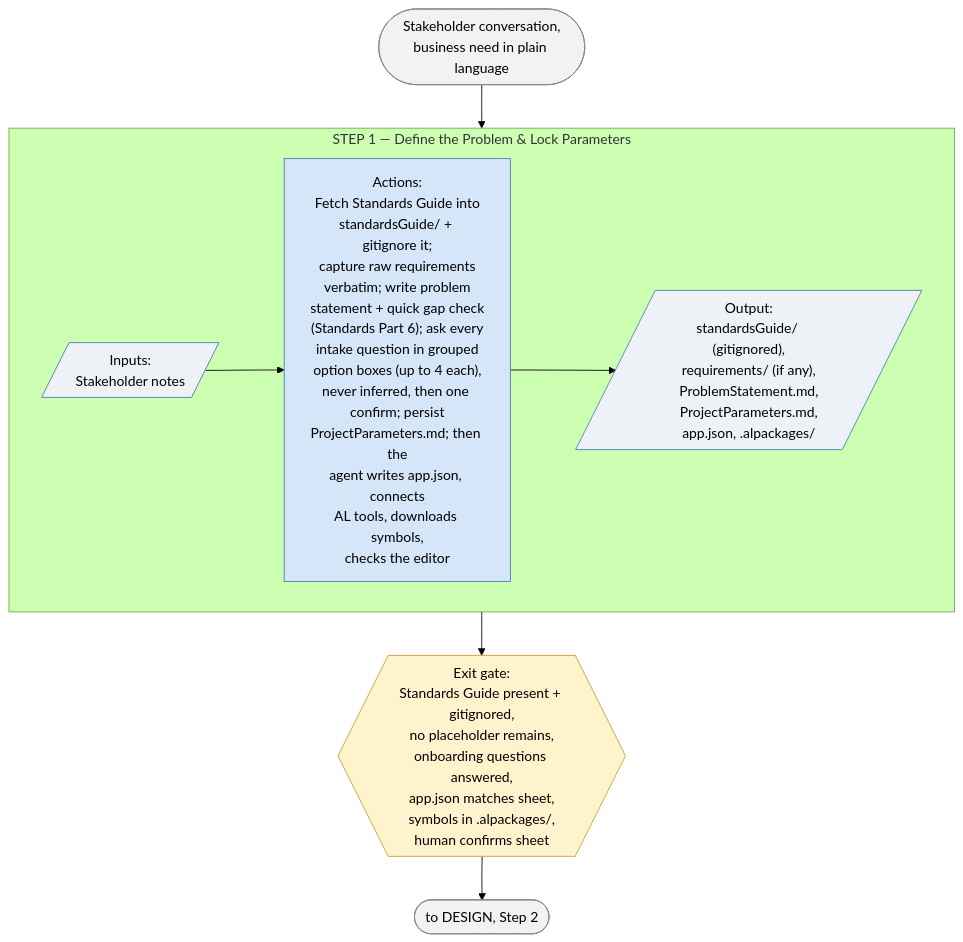
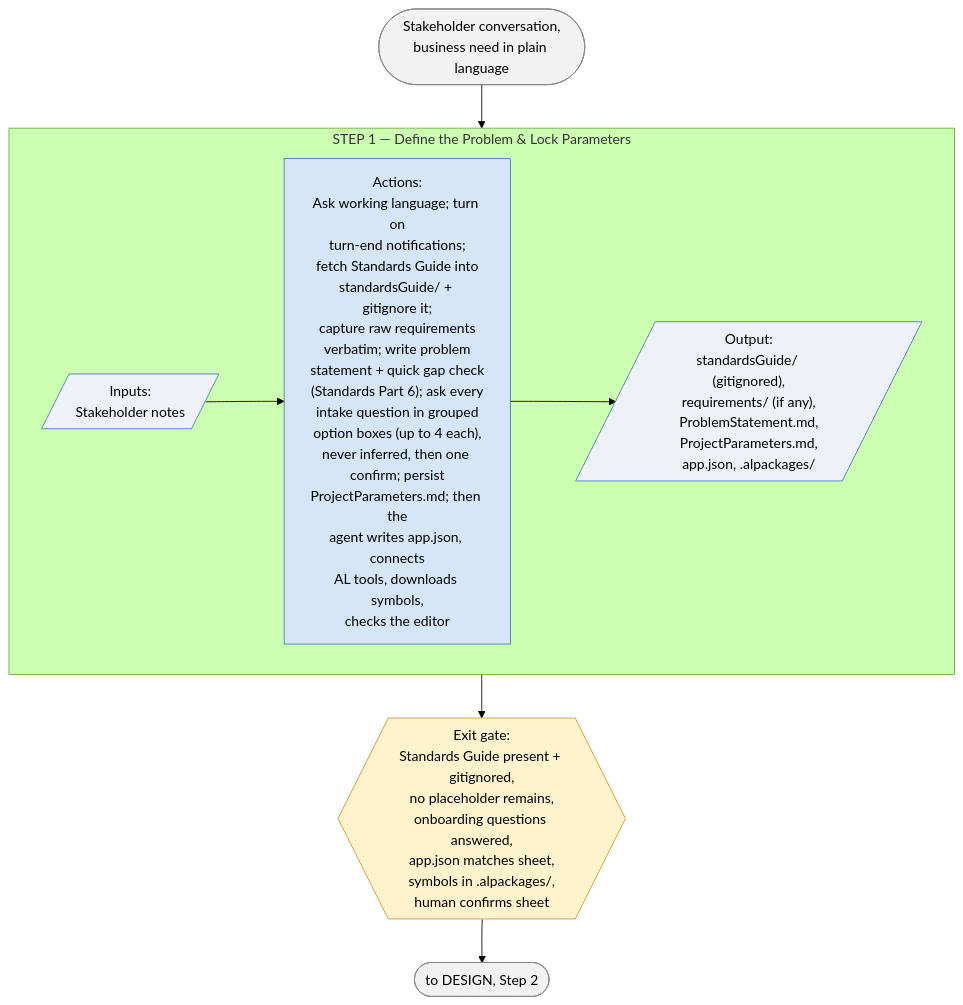
Before and after one commit to ajansari/ocpfBcAgenticDevFramework: the third of 7 diagrams in liteVersion/LITE_RunbookSchematics.md, drawn with Mermaid (forest theme). The commit also changed other lines of this file and 21 other files, not shown here.

First line of the commit message:
Runbooks v2.15.0.0 / Lite v1.12.0.0, ocpf-bc 1.7.0: notify the human at every turn end, question, and approval

````diff
--- a/liteVersion/LITE_RunbookSchematics.md
+++ b/liteVersion/LITE_RunbookSchematics.md
@@ -116,21 +116,21 @@
 ```mermaid
 flowchart TD
     Start(["Stakeholder conversation,<br/>business need in plain language"]) --> S1
 
     subgraph S1["STEP 1 — Define the Problem & Lock Parameters"]
         direction LR
-        In1[/"Inputs:<br/>Stakeholder notes"/] --> Act1["Actions:<br/>Fetch Standards Guide into<br/>standardsGuide/ + gitignore it;<br/>capture raw requirements<br/>verbatim; write problem<br/>statement + quick gap check<br/>(Standards Part 6); ask every<br/>intake question in grouped<br/>option boxes (up to 4 each),<br/>never inferred, then one confirm; persist<br/>ProjectParameters.md; then the<br/>agent writes app.json, connects<br/>AL tools, downloads symbols,<br/>checks the editor"] --> Out1[/"Output:<br/>standardsGuide/ (gitignored),<br/>requirements/ (if any),<br/>ProblemStatement.md,<br/>ProjectParameters.md,<br/>app.json, .alpackages/"/]
+        In1[/"Inputs:<br/>Stakeholder notes"/] --> Act1["Actions:<br/>Ask working language; turn on<br/>turn-end notifications;<br/>fetch Standards Guide into<br/>standardsGuide/ + gitignore it;<br/>capture raw requirements<br/>verbatim; write problem<br/>statement + quick gap check<br/>(Standards Part 6); ask every<br/>intake question in grouped<br/>option boxes (up to 4 each),<br/>never inferred, then one confirm; persist<br/>ProjectParameters.md; then the<br/>agent writes app.json, connects<br/>AL tools, downloads symbols,<br/>checks the editor"] --> Out1[/"Output:<br/>standardsGuide/ (gitignored),<br/>requirements/ (if any),<br/>ProblemStatement.md,<br/>ProjectParameters.md,<br/>app.json, .alpackages/"/]
     end
     S1 --> Gate1{{"Exit gate:<br/>Standards Guide present + gitignored,<br/>no placeholder remains,<br/>onboarding questions answered,<br/>app.json matches sheet,<br/>symbols in .alpackages/,<br/>human confirms sheet"}}
 
     Gate1 --> Next(["to DESIGN, Step 2"])
 
     classDef io fill:#eef2f7,stroke:#4a7ab5,stroke-width:1px;
     classDef act fill:#d4e6f7,stroke:#4a7ab5,stroke-width:1px;
     classDef gate fill:#fff3cd,stroke:#c99a3a,stroke-width:1px;
     classDef endpoint fill:#f2f2f2,stroke:#888,stroke-width:1px;
     class In1,Out1 io;
     class Act1 act;
     class Gate1 gate;
     class Start,Next endpoint;
 ```
````
